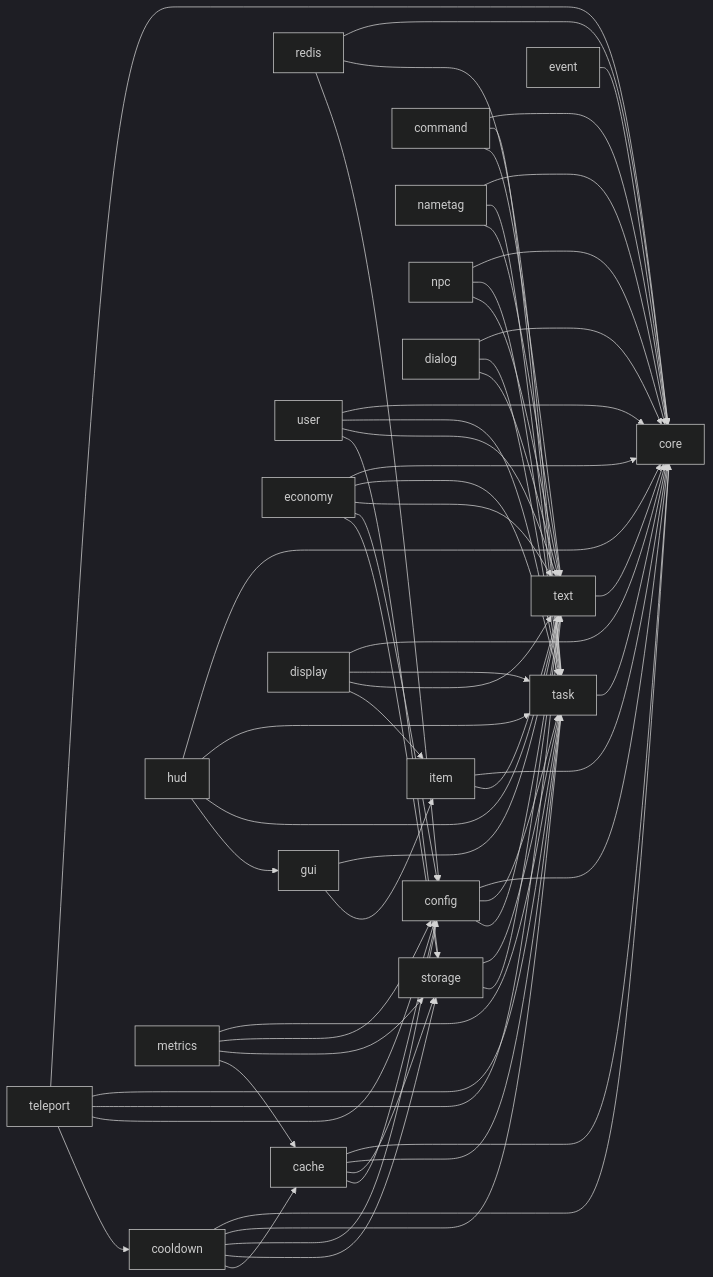
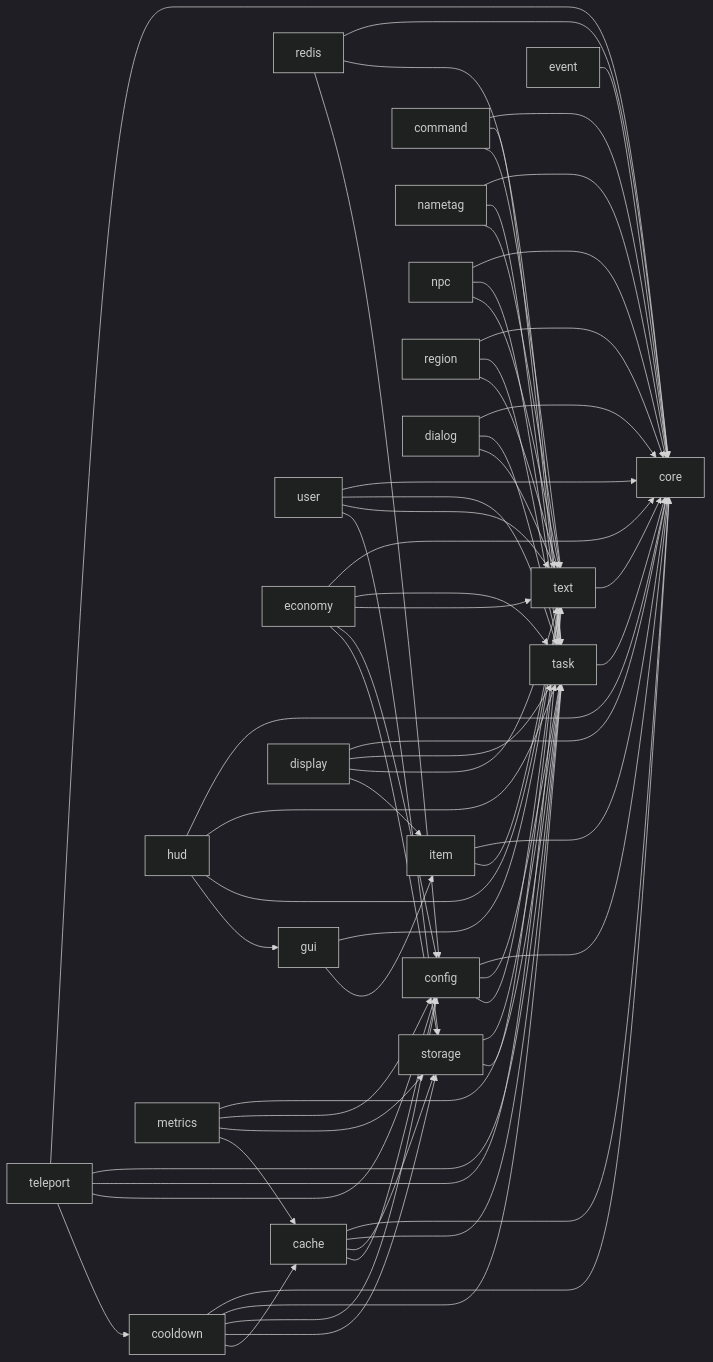
One commit to HanielCota/Cotani changed the first of 2 diagrams in docs/architecture.md. Above: the diagram before and after it, drawn with Mermaid (dark theme). The commit also changed other lines of this file and 39 other files, not shown here.

```diff
--- a/docs/architecture.md
+++ b/docs/architecture.md
@@ -27,6 +27,7 @@
     hud["hud"]
     nametag["nametag"]
     npc["npc"]
+    region["region"]
     dialog["dialog"]
     metrics["metrics"]
 
@@ -85,6 +86,9 @@
     npc --> core
     npc --> task
     npc --> text
+    region --> core
+    region --> task
+    region --> text
     dialog --> core
     dialog --> task
     dialog --> text
```
